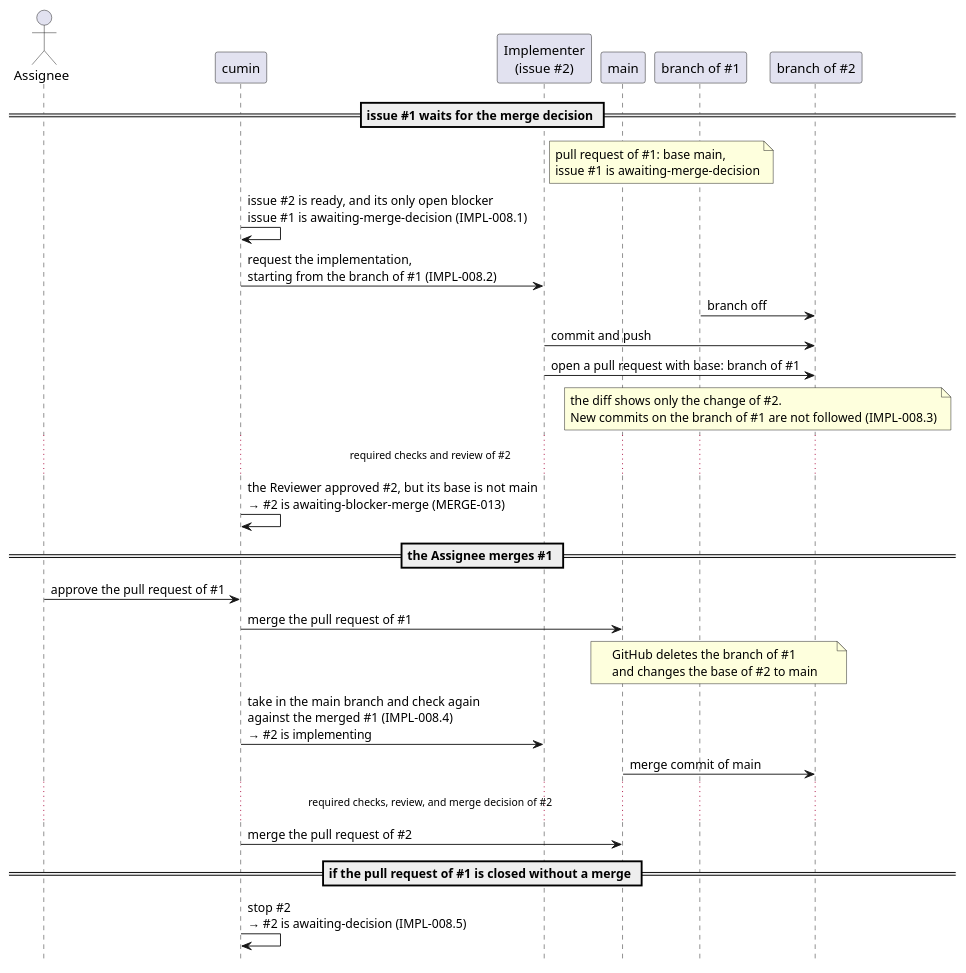
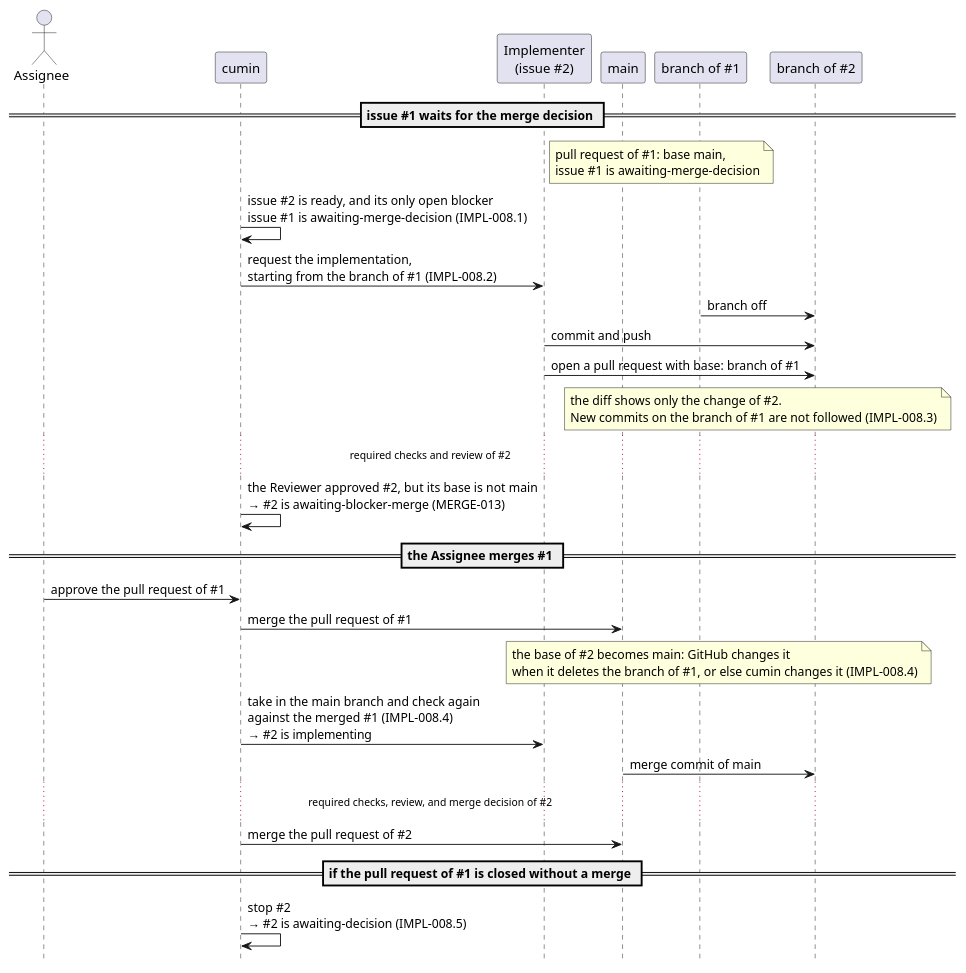
One commit to cloveclovedev/cumin-works changed the diagram in docs/ja/requirements/impl/start-from-awaiting-merge-decision.puml. Above: the diagram before and after it, drawn with PlantUML. The commit also changed 3 other files, not shown here.

First line of the commit message:
docs(requirements): let cumin change the base to main after the blocker merges

```diff
--- a/docs/ja/requirements/impl/start-from-awaiting-merge-decision.puml
+++ b/docs/ja/requirements/impl/start-from-awaiting-merge-decision.puml
@@ -1,46 +1,46 @@
 @startuml start-from-awaiting-merge-decision
 ' cumin-works - an implementation issue that starts from the branch of a pull request
 ' that waits for the merge decision (IMPL-008, MERGE-013).
 ' Issue #1 is the blocker. Issue #2 is blocked by #1 and starts from the branch of #1.
 ' Render: run scripts/render-diagrams.sh at the root of the repository.
 
 hide footbox
 
 actor "Assignee" as Assignee
 participant "cumin" as Cumin
 participant "Implementer\n(issue #2)" as Impl
 participant "main" as Main
 participant "branch of #1" as B1
 participant "branch of #2" as B2
 
 == issue #1 waits for the merge decision ==
 
 note over Main, B1 : pull request of #1: base main,\nissue #1 is awaiting-merge-decision
 Cumin -> Cumin : issue #2 is ready, and its only open blocker\nissue #1 is awaiting-merge-decision (IMPL-008.1)
 Cumin -> Impl : request the implementation,\nstarting from the branch of #1 (IMPL-008.2)
 B1 -> B2 : branch off
 Impl -> B2 : commit and push
 Impl -> B2 : open a pull request with base: branch of #1
 note over B1, B2 : the diff shows only the change of #2.\nNew commits on the branch of #1 are not followed (IMPL-008.3)
 
 ... required checks and review of #2 ...
 
 Cumin -> Cumin : the Reviewer approved #2, but its base is not main\n→ #2 is awaiting-blocker-merge (MERGE-013)
 
 == the Assignee merges #1 ==
 
 Assignee -> Cumin : approve the pull request of #1
 Cumin -> Main : merge the pull request of #1
-note over Main, B2 : GitHub deletes the branch of #1\nand changes the base of #2 to main
+note over Main, B2 : the base of #2 becomes main: GitHub changes it\nwhen it deletes the branch of #1, or else cumin changes it (IMPL-008.4)
 Cumin -> Impl : take in the main branch and check again\nagainst the merged #1 (IMPL-008.4)\n→ #2 is implementing
 Main -> B2 : merge commit of main
 
 ... required checks, review, and merge decision of #2 ...
 
 Cumin -> Main : merge the pull request of #2
 
 == if the pull request of #1 is closed without a merge ==
 
 Cumin -> Cumin : stop #2\n→ #2 is awaiting-decision (IMPL-008.5)
 
 @enduml
```
